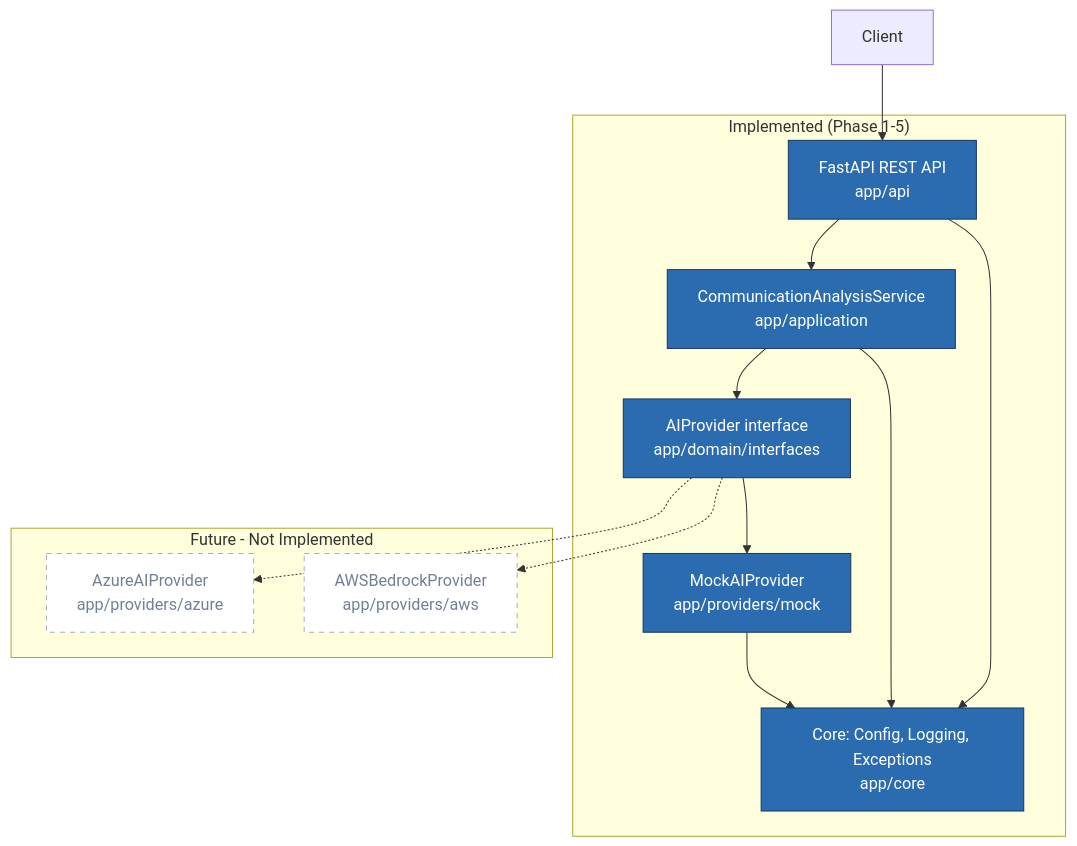
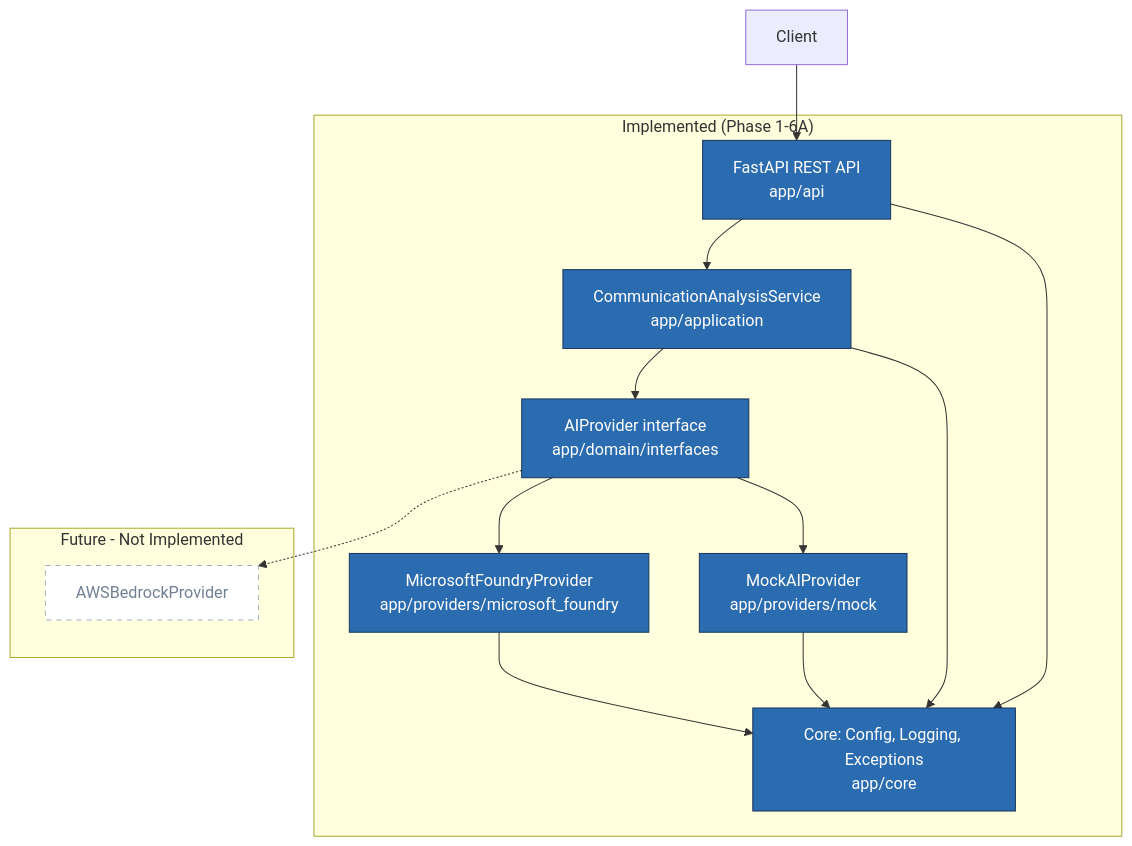
One commit to Susanta2025-lab/enterprise-communication-intelligence changed the diagram in docs/diagrams/architecture.mmd. Above: the diagram before and after it, drawn with Mermaid. The commit also changed 37 other files, not shown here.

Commit message:
feat: integrate Microsoft Foundry provider

```diff
--- a/docs/diagrams/architecture.mmd
+++ b/docs/diagrams/architecture.mmd
@@ -1,31 +1,32 @@
 graph TB
     Client[Client]
 
-    subgraph Implemented["Implemented (Phase 1-5)"]
+    subgraph Implemented["Implemented (Phase 1-6A)"]
         API["FastAPI REST API<br/>app/api"]
         App["CommunicationAnalysisService<br/>app/application"]
         Iface["AIProvider interface<br/>app/domain/interfaces"]
         Mock["MockAIProvider<br/>app/providers/mock"]
+        Foundry["MicrosoftFoundryProvider<br/>app/providers/microsoft_foundry"]
         Core["Core: Config, Logging, Exceptions<br/>app/core"]
     end
 
     subgraph Future["Future - Not Implemented"]
-        Azure["AzureAIProvider<br/>app/providers/azure"]
-        AWS["AWSBedrockProvider<br/>app/providers/aws"]
+        AWS["AWSBedrockProvider"]
     end
 
     Client --> API
     API --> App
     App --> Iface
     Iface --> Mock
-    Iface -.-> Azure
+    Iface --> Foundry
     Iface -.-> AWS
     API --> Core
     App --> Core
     Mock --> Core
+    Foundry --> Core
 
     classDef implemented fill:#2b6cb0,color:#fff,stroke:#1a365d,stroke-width:1px
     classDef future fill:#ffffff,color:#718096,stroke:#a0aec0,stroke-width:1px,stroke-dasharray: 5 5
 
-    class API,App,Iface,Mock,Core implemented
-    class Azure,AWS future
+    class API,App,Iface,Mock,Foundry,Core implemented
+    class AWS future
```
